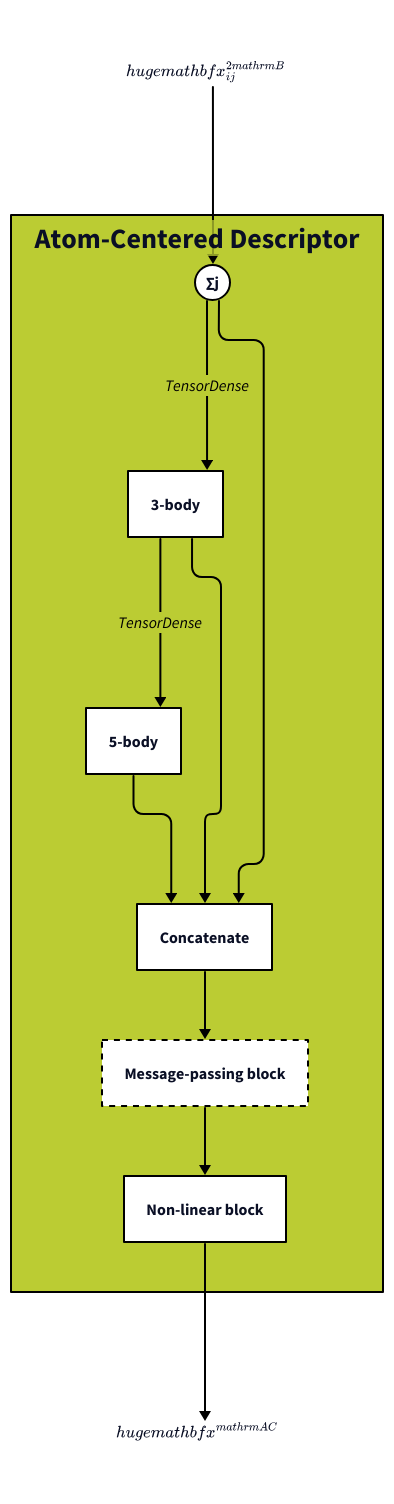
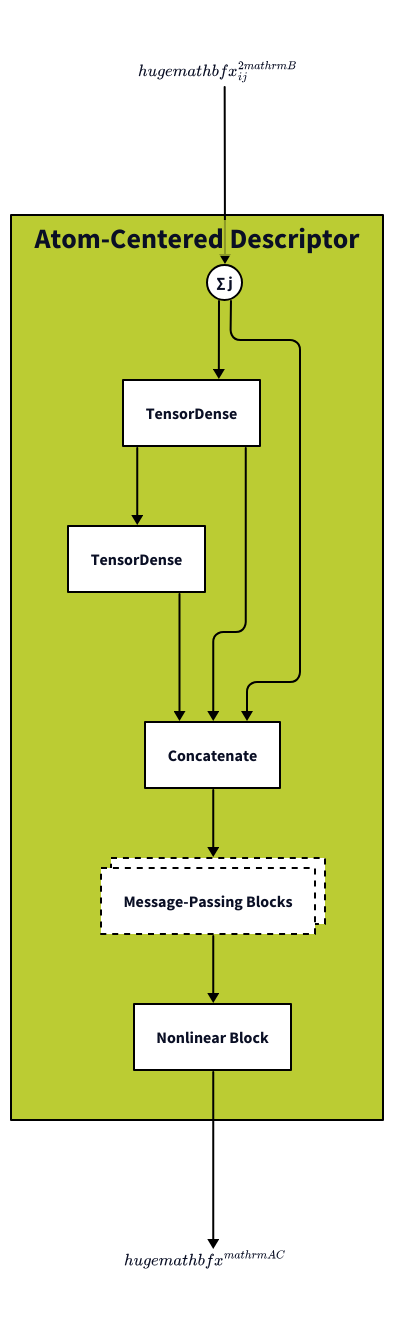
Before and after one commit to SamsungDS/gears_h: the diagram in architecture_figures/2a_ac.d2, drawn with D2.

Commit message:
Remove annotated arrows and make message-passing block show multiple blocks.

```diff
--- a/architecture_figures/2a_ac.d2
+++ b/architecture_figures/2a_ac.d2
@@ -1,158 +1,158 @@
 # direction: right
 
 # zi: Zi {class: empty}
 # zj: Zj {class: empty}
 # sarb_emb: Embedding (from Species-\nAware Radial Basis) {class: empty;label.near: top-center}
 # f: "2-body features \{f\}" {class: empty;}#label.near: outside-top-center}
 f: {label: ""
     equation: |latex
         \huge{\mathbf{x}^{2\mathrm{B}}_{ij}}
     |
     class: empty
     label.near: outside-bottom-center
 }
 # acf: "Atom-centered features \{F\}" {class: empty; label.near: outside-top-center}
 acf: {
     label: ""
     class: empty
     equation: |latex
         \huge{\mathbf{x}^{\mathrm{AC}}}
     |
 }
 
 ac: Atom-Centered Descriptor {
     class: ac
     _.f.equation -> sum_j: {style: {stroke: "#000000"; font-color: black}}
-    sum_j: ∑j {class: operator}
-    sum_j -> 3b: TensorDense {style: {stroke: "#000000"; font-color: black}}
-    3b: 3-body {class: in_module}
-    5b: 5-body {class: in_module}
-    3b -> 5b: TensorDense {style: {stroke: "#000000"; font-color: black}}
+    sum_j: ∑ j {class: operator}
+    sum_j -> 3b: {style: {stroke: "#000000"; font-color: black}}
+    3b: TensorDense {class: in_module}
+    5b: TensorDense {class: in_module}
+    3b -> 5b: {style: {stroke: "#000000"; font-color: black}}
     c: Concatenate  {class: in_module}
     sum_j  -> c: {style: {stroke: "#000000"; font-color: black}}
     3b -> c: {style: {stroke: "#000000"; font-color: black}}
     5b -> c: {style: {stroke: "#000000"; font-color: black}}
     # transformed_embedding: Transformed Embedding {class: in_module}
     # p1: ⊗ {class: operator}
     # c -> p1: {style: {stroke: "#000000"; font-color: black}}
     c -> mp_block: {style: {stroke: "#000000"; font-color: black}}
     # transformed_embedding -> p1: {style: {stroke: "#000000"; font-color: black}}
     # p1 -> sum_j: {style: {stroke: "#000000"; font-color: black}}
-    mp_block:  Message-passing block {
+    mp_block:  Message-Passing Blocks {
         class: in_module
-        style: {stroke-dash: 3}
+        style: {stroke-dash: 3; multiple: true}
         # direction: right
         # sa: Self-attention {class: in_module}
         # mpln: Layer norm{class: in_module}
         # sa -> mpln: {style: {stroke: "#000000"; font-color: black}}
         # mpln -> sa: x number of message-passing steps {style: {stroke: "#000000"; font-color: black}}
     }
     # sum_j -> mp_block.sa: {style: {stroke: "#000000"; font-color: black}}
     # p1 -> mp_block: {style: {stroke: "#000000"; font-color: black}}
-    nl_block: Non-linear block {
+    nl_block: Nonlinear Block {
         class: in_module
         # nld1: Dense {class: in_module}
         # nld2: Dense {class: in_module}
         # nlln: Layer Norm {class: in_module}
         # nlma: Mish Activation {class: in_module}
         # nld1 -> nlln -> nlma -> nld2: {style: {stroke: "#000000"; font-color: black}}
         # nlrescon: ⊕ {class: operator}
         # nld2 -> nlrescon: {style: {stroke: "#000000"; font-color: black}}
     }
     mp_block -> nl_block: {style: {stroke: "#000000"; font-color: black}}
     # transformed_embedding -> nl_block: Residual connection {style: {stroke: "#000000"; font-color: black}}
     # mp_block.mpln -> nl_block.nld1: {style: {stroke: "#000000"; font-color: black}}
     # transformed_embedding -> nl_block.nlrescon: Residual connection {style: {stroke: "#000000"; font-color: black}}
 }
 
 # zi -> sarb_emb: {style: {stroke: "#000000"; font-color: black}}
 # zj -> sarb_emb: {style: {stroke: "#000000"; font-color: black}}
 # f -> ac.sum_j: {style: {stroke: "#000000"; font-color: black}} #ac.3b: TensorDense {style: {stroke: "#000000"; font-color: black}}
 # f -> ac.c: {style: {stroke: "#000000"; font-color: black}}
 # sarb_emb -> ac.transformed_embedding: Dense {style: {stroke: "#000000"; font-color: black}}
 # ac.nl_block.nlrescon -> acf: {style: {stroke: "#000000"; font-color: black}}
 ac.nl_block -> acf.equation: {style: {stroke: "#000000"; font-color: black}}
 
 classes: {
     operator: {shape: circle
                width: 35
                height: 35
                style: {fill: "#FFFFFF"
                        stroke: "#000000"
                     #    font: mono
                       }
     }
     empty: {
             # label: ""
             width: 50
             height: 50
             style: {
                 fill: transparent
                 stroke: transparent
                 font-size: 24
             }
     }
     sarb: {
         style: {
             fill: "#44BB99"
             stroke: "#000000"
         }
     }
     in_module: {
         style: {
             fill: "#FFFFFF"
             stroke: "#000000"
             # opacity: 0.5
         }
     }
     ac: {
         style: {
             fill: "#BBCC33"
             stroke: "#000000"
             bold: true
         }
     }
     bc: {
         style: {
             fill: "#EEDD88"
             stroke: "#000000"
         }
     }
     rd: {
         style: {
             fill: "#EE8866"
             stroke: "#000000"
         }
     }
     ro: {
         style: {
             fill: "#FFAABB"
             stroke: "#000000"
         }
     }
     outs: {
         style: {
             fill: "#DDDDDD"
             stroke: "#000000"
             multiple: true
         }
     }
     input : {
         # label: ""
         width: 50
         height: 50
         style: {
             fill: "#99DDFF"
             stroke: "#000000"
             multiple: true
         }
     }
 }
 
 vars: {
     d2-config: {
       layout-engine: elk
       pad: 10
     #   theme-id: 101
     }
 }
```
